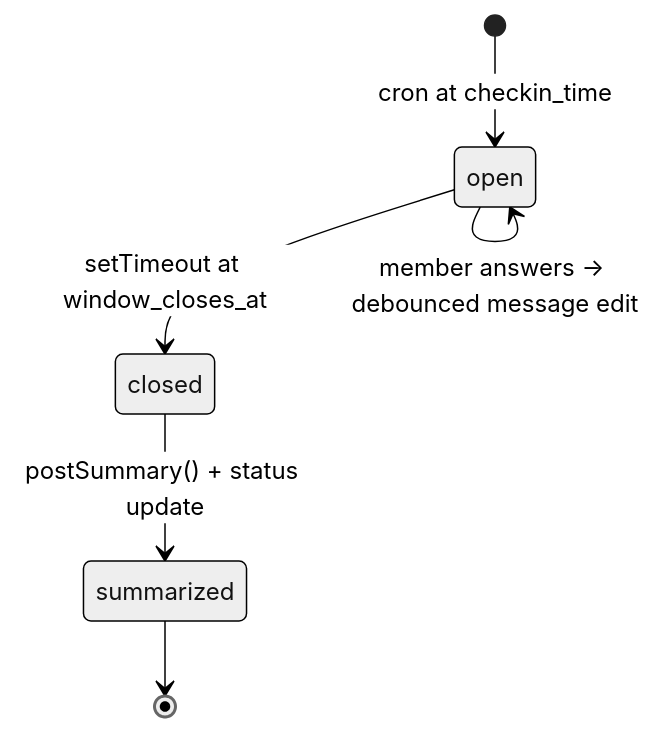
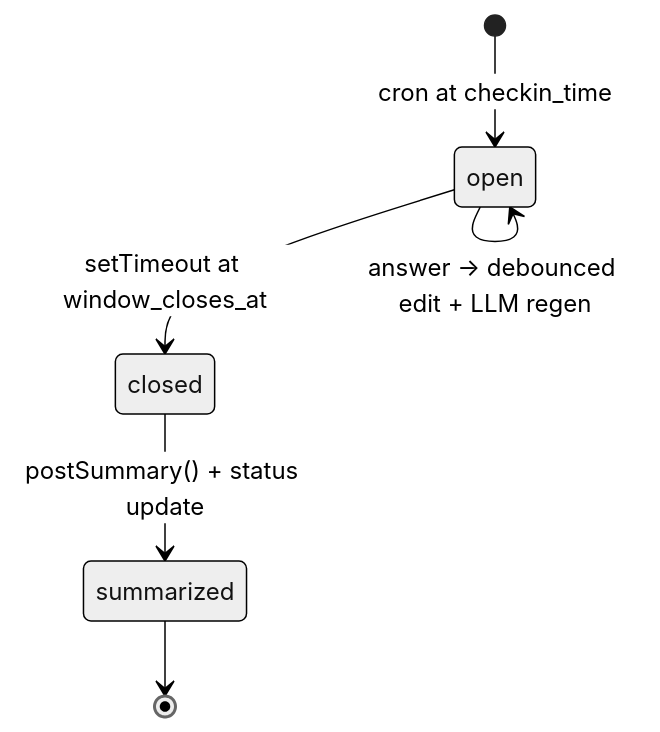
The second of 3 diagrams in docs/SPEC.md (51ck/sushkabot), drawn with Mermaid (neutral theme) before and after one commit. The commit also changed other lines of this file, not shown here.

````diff
--- a/docs/SPEC.md
+++ b/docs/SPEC.md
@@ -125,8 +122,8 @@
 ```mermaid
 stateDiagram-v2
     [*] --> open: cron at checkin_time
-    open --> open: member answers → debounced message edit
+    open --> open: answer → debounced edit + LLM regen
     open --> closed: setTimeout at window_closes_at
     closed --> summarized: postSummary() + status update
     summarized --> [*]
 ```
````
